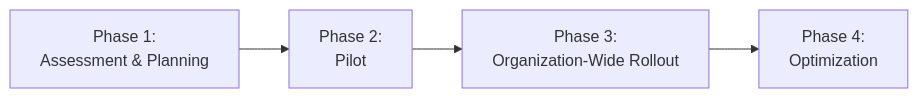
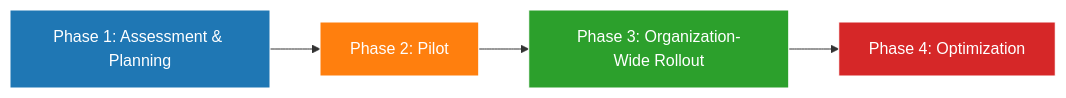
The second of 2 diagrams in README.md (ACash5/zero-trust-framework-preview), drawn with Mermaid before and after one commit. The commit also changed other lines of this file, not shown here.

````diff
--- a/README.md
+++ b/README.md
@@ -60,6 +68,11 @@
 ```mermaid
 graph LR
-    A[Phase 1:<br>Assessment & Planning] --> B[Phase 2:<br>Pilot]
-    B --> C[Phase 3:<br>Organization-Wide Rollout]
-    C --> D[Phase 4:<br>Optimization]
+    A["Phase 1: Assessment & Planning"] --> B["Phase 2: Pilot"]
+    B --> C["Phase 3: Organization-Wide Rollout"]
+    C --> D["Phase 4: Optimization"]
+
+    style A fill:#1f77b4,stroke:#fff,color:#fff
+    style B fill:#ff7f0e,stroke:#fff,color:#fff
+    style C fill:#2ca02c,stroke:#fff,color:#fff
+    style D fill:#d62728,stroke:#fff,color:#fff
 ```
````
